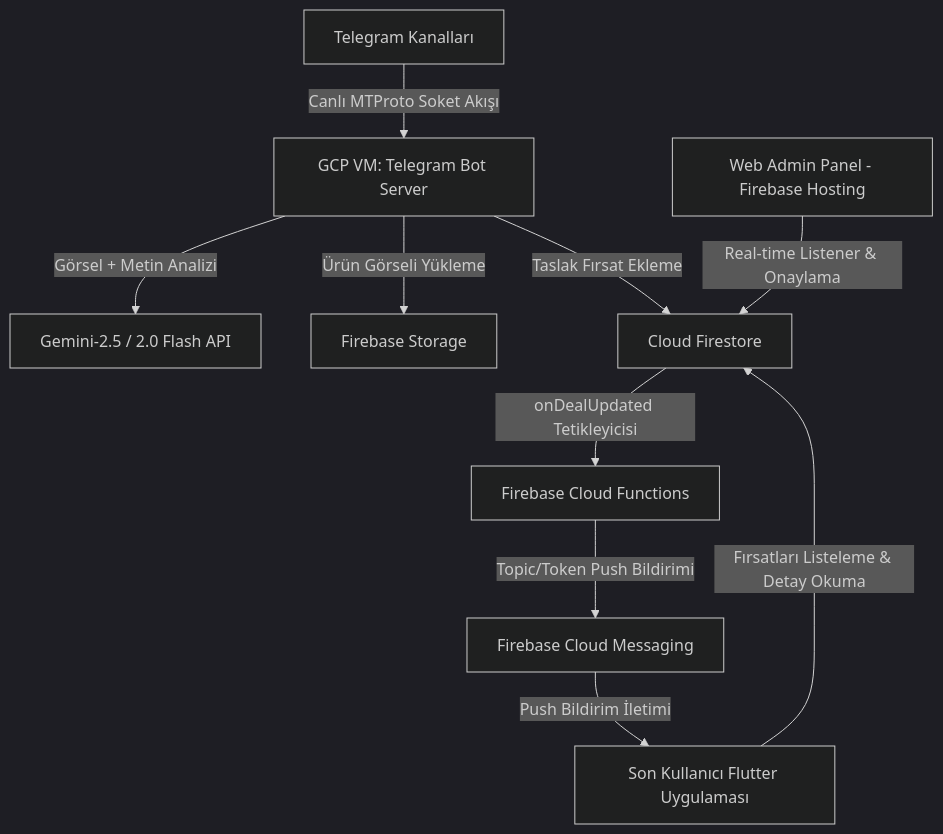
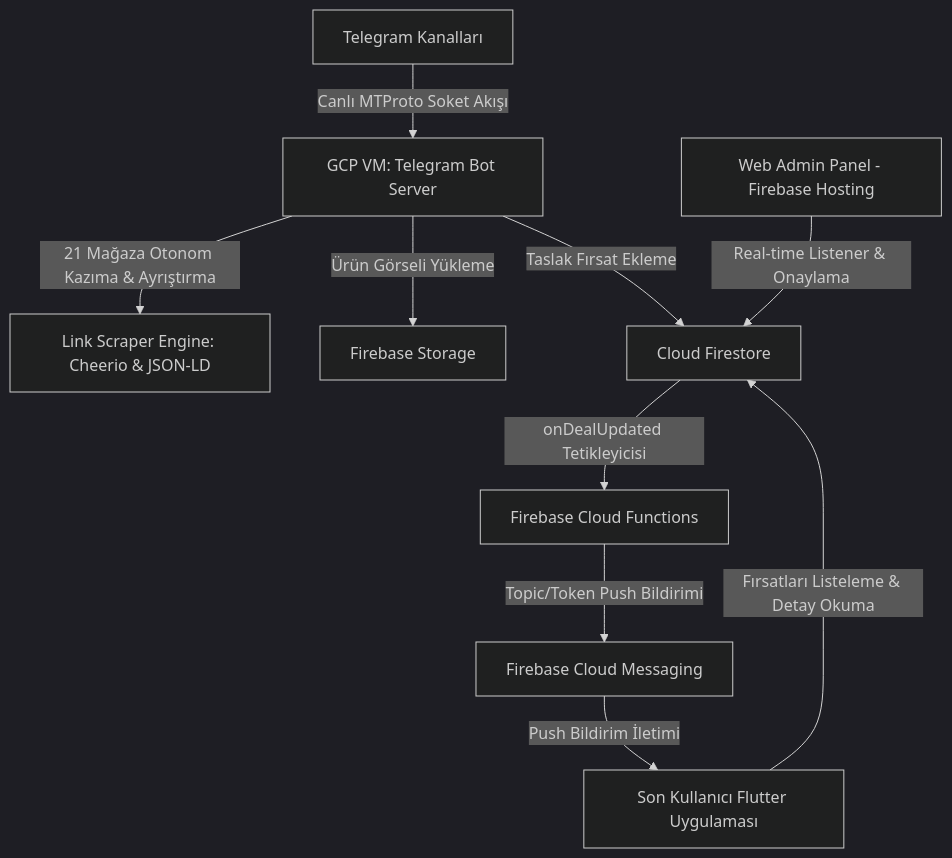
Before and after one commit to gky61/s-cak-f-rsatlar: the diagram in documentation/mimari-ve-sistem/project_knowledge_base_manifest.md, drawn with Mermaid (dark theme). The commit also changed other lines of this file and 35 other files, not shown here.

Commit message:
refactor: otonom kazima motoruna gecis, gemini ve olu kodlarin temizligi, bildirim yonlendirme iyilestirmeleri ve gitignore optimizasyonu

````diff
--- a/documentation/mimari-ve-sistem/project_knowledge_base_manifest.md
+++ b/documentation/mimari-ve-sistem/project_knowledge_base_manifest.md
@@ -14,14 +14,14 @@
 ```mermaid
 graph TD
     Telegram[Telegram Kanalları] -->|Canlı MTProto Soket Akışı| BotServer[GCP VM: Telegram Bot Server]
-    BotServer -->|Görsel + Metin Analizi| Gemini[Gemini-2.5 / 2.0 Flash API]
+    BotServer -->|21 Mağaza Otonom Kazıma & Ayrıştırma| LinkScraper[Link Scraper Engine: Cheerio & JSON-LD]
     BotServer -->|Ürün Görseli Yükleme| Storage[Firebase Storage]
     BotServer -->|Taslak Fırsat Ekleme| Firestore[Cloud Firestore]
     
     AdminPanel[Web Admin Panel - Firebase Hosting] -->|Real-time Listener & Onaylama| Firestore
     
     Firestore -->|onDealUpdated Tetikleyicisi| CloudFunc[Firebase Cloud Functions]
     CloudFunc -->|Topic/Token Push Bildirimi| FCM[Firebase Cloud Messaging]
     FCM -->|Push Bildirim İletimi| FlutterApp[Son Kullanıcı Flutter Uygulaması]
     FlutterApp -->|Fırsatları Listeleme & Detay Okuma| Firestore
 ```
````
